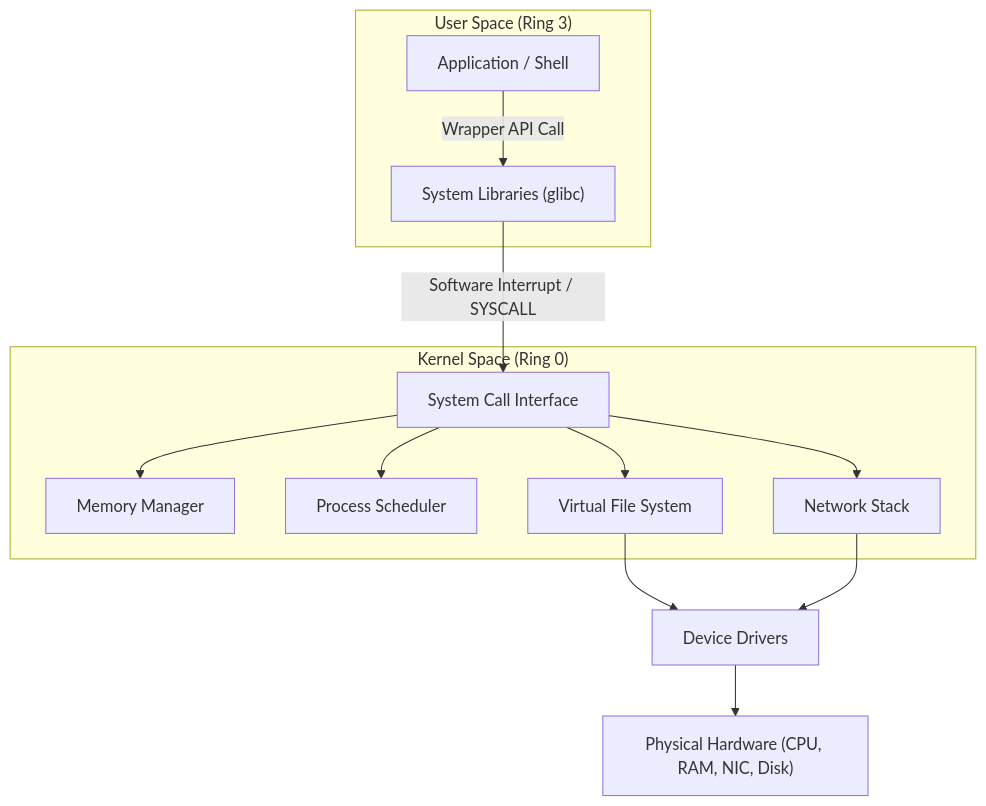
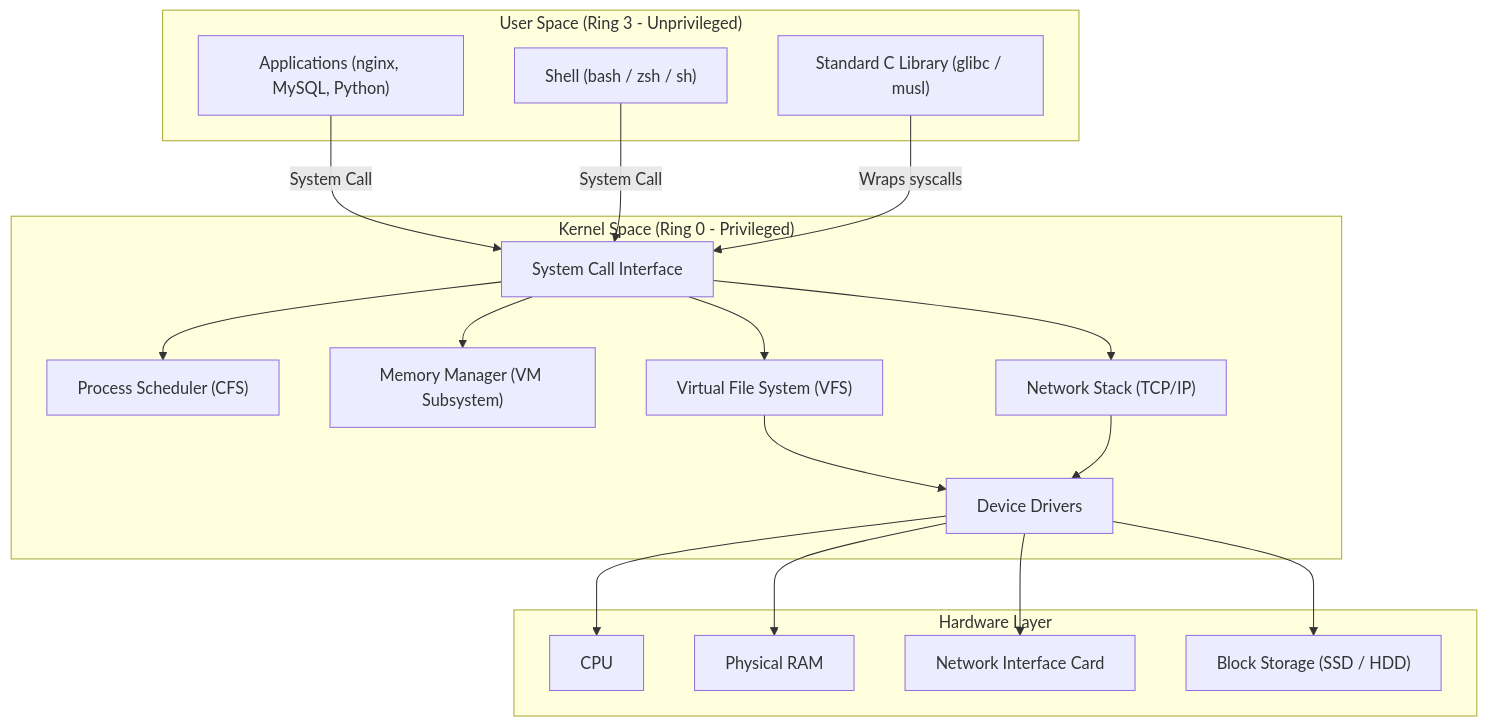
One commit to Anshitva7mishra/OperatingSystem changed the first of 7 diagrams in Day3/InterviewQuestion.md. Above: the diagram before and after it, drawn with Mermaid. The commit also changed other lines of this file, not shown here.

Commit message:
[Anshitva]:Expanded Day 3 guide into full Linux Interview Encyclopedia with internals, commands, bash scripting, and FAANG Q&A

````diff
--- a/Day3/InterviewQuestion.md
+++ b/Day3/InterviewQuestion.md
@@ -93,18 +161,40 @@
 ```mermaid
 flowchart TD
-    subgraph UserSpace["User Space (Ring 3)"]
-        App["Application / Shell"] -->|Wrapper API Call| LibC["System Libraries (glibc)"]
-    end
-    
-    subgraph KernelSpace["Kernel Space (Ring 0)"]
-        LibC -->|Software Interrupt / SYSCALL| SyscallHandler["System Call Interface"]
-        SyscallHandler --> VMM["Memory Manager"]
-        SyscallHandler --> Sched["Process Scheduler"]
-        SyscallHandler --> VFS["Virtual File System"]
-        SyscallHandler --> Net["Network Stack"]
+    subgraph HardwareLayer["Hardware Layer"]
+        CPU["CPU"]
+        RAM["Physical RAM"]
+        NIC["Network Interface Card"]
+        Disk["Block Storage (SSD / HDD)"]
     end
 
-    VFS --> Drivers["Device Drivers"]
-    Net --> Drivers
-    Drivers --> HW["Physical Hardware (CPU, RAM, NIC, Disk)"]
+    subgraph KernelSpace["Kernel Space (Ring 0 - Privileged)"]
+        SyscallInt["System Call Interface"]
+        ProcMgr["Process Scheduler (CFS)"]
+        MemMgr["Memory Manager (VM Subsystem)"]
+        VFS["Virtual File System (VFS)"]
+        NetStack["Network Stack (TCP/IP)"]
+        Drivers["Device Drivers"]
+    end
+
+    subgraph UserSpace["User Space (Ring 3 - Unprivileged)"]
+        Shell["Shell (bash / zsh / sh)"]
+        Apps["Applications (nginx, MySQL, Python)"]
+        LibC["Standard C Library (glibc / musl)"]
+    end
+
+    Apps -->|System Call| SyscallInt
+    Shell -->|System Call| SyscallInt
+    LibC -->|Wraps syscalls| SyscallInt
+
+    SyscallInt --> ProcMgr
+    SyscallInt --> MemMgr
+    SyscallInt --> VFS
+    SyscallInt --> NetStack
+
+    VFS --> Drivers
+    NetStack --> Drivers
+    Drivers --> CPU
+    Drivers --> RAM
+    Drivers --> NIC
+    Drivers --> Disk
 ```
````
